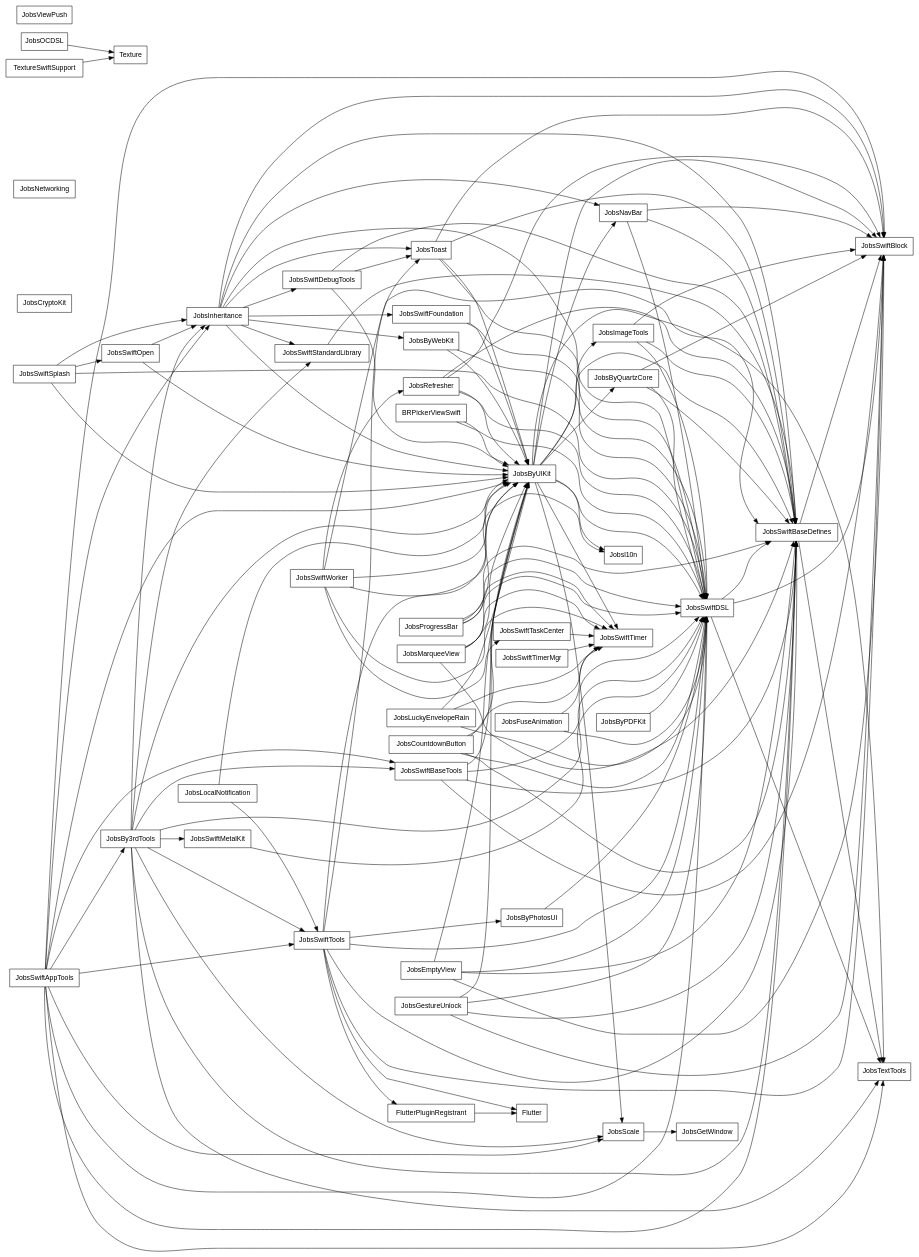
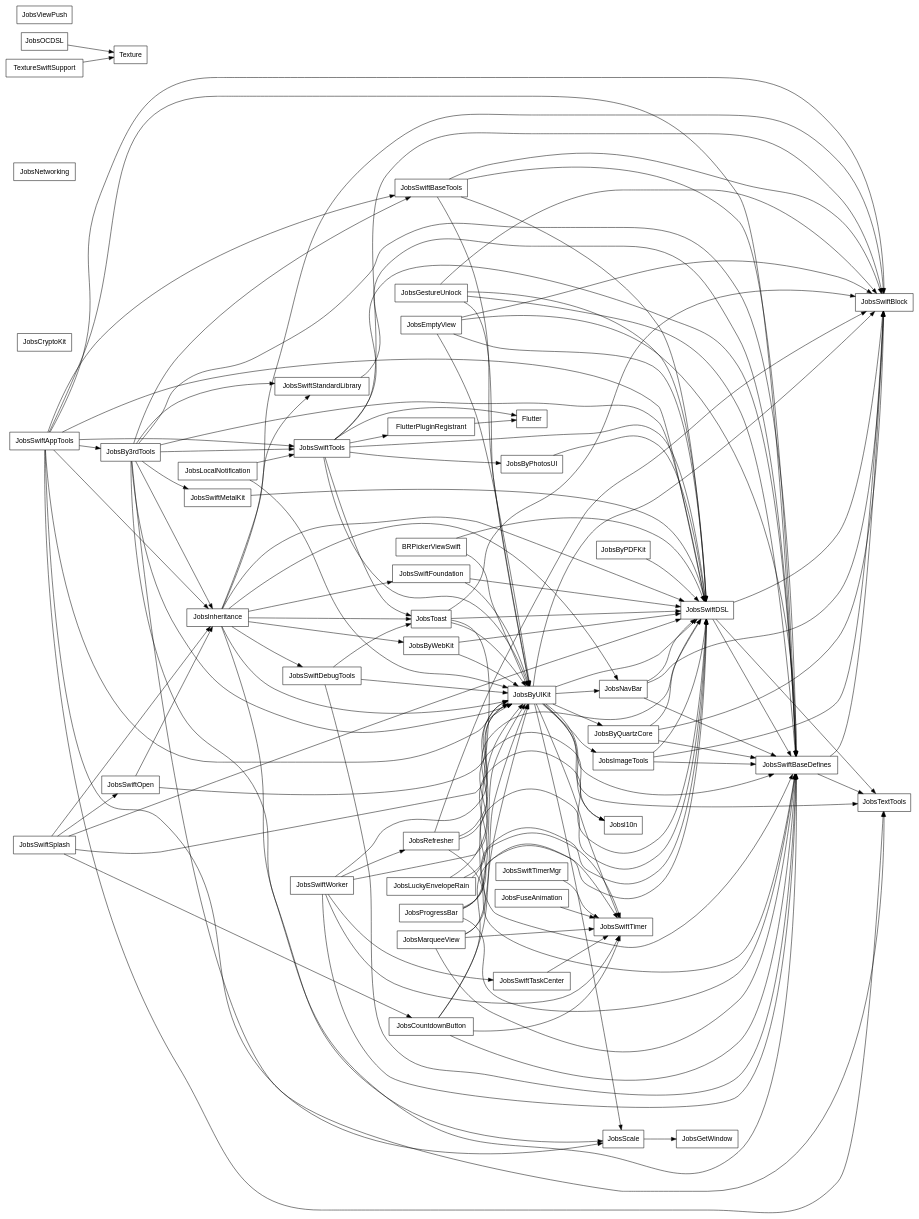
The diagram in PodspecDependencyReport/PodspecDependencies_internal.dot (JobsKits/JobsSwiftBaseConfigDemo), drawn with Graphviz before and after one commit. The commit also changed 832 other files, not shown here.

```diff
--- a/PodspecDependencyReport/PodspecDependencies_internal.dot
+++ b/PodspecDependencyReport/PodspecDependencies_internal.dot
@@ -1,184 +1,184 @@
 digraph PodspecDependencies {
   rankdir=LR;
   node [shape=box, fontname="Helvetica"];
   "BRPickerViewSwift";
   "Flutter";
   "FlutterPluginRegistrant";
   "JobsBy3rdTools";
   "JobsByPDFKit";
   "JobsByPhotosUI";
   "JobsByQuartzCore";
   "JobsByUIKit";
   "JobsByWebKit";
   "JobsCountdownButton";
   "JobsCryptoKit";
   "JobsEmptyView";
   "JobsFuseAnimation";
   "JobsGestureUnlock";
   "JobsGetWindow";
   "JobsImageTools";
   "JobsInheritance";
   "JobsLocalNotification";
   "JobsLuckyEnvelopeRain";
   "JobsMarqueeView";
   "JobsNavBar";
   "JobsNetworking";
   "JobsOCDSL";
   "JobsProgressBar";
   "JobsRefresher";
   "JobsScale";
   "JobsSwiftAppTools";
   "JobsSwiftBaseDefines";
   "JobsSwiftBaseTools";
   "JobsSwiftBlock";
   "JobsSwiftDSL";
   "JobsSwiftDebugTools";
   "JobsSwiftFoundation";
   "JobsSwiftMetalKit";
   "JobsSwiftOpen";
   "JobsSwiftSplash";
   "JobsSwiftStandardLibrary";
   "JobsSwiftTaskCenter";
   "JobsSwiftTimer";
   "JobsSwiftTimerMgr";
   "JobsSwiftTools";
   "JobsSwiftWorker";
   "JobsTextTools";
   "JobsToast";
   "JobsViewPush";
   "Jobsl10n";
   "Texture";
   "TextureSwiftSupport";
   "BRPickerViewSwift" -> "JobsByUIKit";
   "BRPickerViewSwift" -> "JobsSwiftDSL";
   "FlutterPluginRegistrant" -> "Flutter";
   "JobsBy3rdTools" -> "JobsByUIKit";
   "JobsBy3rdTools" -> "JobsInheritance";
   "JobsBy3rdTools" -> "JobsScale";
   "JobsBy3rdTools" -> "JobsSwiftBaseDefines";
   "JobsBy3rdTools" -> "JobsSwiftBaseTools";
   "JobsBy3rdTools" -> "JobsSwiftDSL";
   "JobsBy3rdTools" -> "JobsSwiftMetalKit";
   "JobsBy3rdTools" -> "JobsSwiftStandardLibrary";
   "JobsBy3rdTools" -> "JobsSwiftTools";
   "JobsBy3rdTools" -> "JobsTextTools";
   "JobsByPDFKit" -> "JobsSwiftDSL";
   "JobsByPhotosUI" -> "JobsSwiftDSL";
   "JobsByQuartzCore" -> "JobsSwiftBaseDefines";
   "JobsByQuartzCore" -> "JobsSwiftBlock";
   "JobsByQuartzCore" -> "JobsSwiftDSL";
   "JobsByUIKit" -> "JobsByQuartzCore";
   "JobsByUIKit" -> "JobsImageTools";
   "JobsByUIKit" -> "JobsNavBar";
   "JobsByUIKit" -> "JobsScale";
   "JobsByUIKit" -> "JobsSwiftBaseDefines";
   "JobsByUIKit" -> "JobsSwiftBlock";
   "JobsByUIKit" -> "JobsSwiftDSL";
   "JobsByUIKit" -> "JobsSwiftTimer";
   "JobsByUIKit" -> "JobsTextTools";
   "JobsByUIKit" -> "Jobsl10n";
   "JobsByWebKit" -> "JobsByUIKit";
   "JobsByWebKit" -> "JobsSwiftDSL";
   "JobsCountdownButton" -> "JobsByUIKit";
   "JobsCountdownButton" -> "JobsSwiftBaseDefines";
   "JobsCountdownButton" -> "JobsSwiftDSL";
   "JobsCountdownButton" -> "JobsSwiftTimer";
   "JobsEmptyView" -> "JobsByUIKit";
   "JobsEmptyView" -> "JobsSwiftBaseDefines";
   "JobsEmptyView" -> "JobsSwiftBlock";
   "JobsEmptyView" -> "JobsSwiftDSL";
-  "JobsFuseAnimation" -> "JobsSwiftDSL";
   "JobsFuseAnimation" -> "JobsSwiftTimer";
   "JobsGestureUnlock" -> "JobsByUIKit";
   "JobsGestureUnlock" -> "JobsSwiftBaseDefines";
   "JobsGestureUnlock" -> "JobsSwiftBlock";
   "JobsGestureUnlock" -> "JobsSwiftDSL";
   "JobsImageTools" -> "JobsSwiftBaseDefines";
   "JobsImageTools" -> "JobsSwiftBlock";
   "JobsImageTools" -> "JobsSwiftDSL";
   "JobsInheritance" -> "JobsByUIKit";
   "JobsInheritance" -> "JobsByWebKit";
   "JobsInheritance" -> "JobsNavBar";
   "JobsInheritance" -> "JobsSwiftBaseDefines";
   "JobsInheritance" -> "JobsSwiftBlock";
   "JobsInheritance" -> "JobsSwiftDSL";
   "JobsInheritance" -> "JobsSwiftDebugTools";
   "JobsInheritance" -> "JobsSwiftFoundation";
   "JobsInheritance" -> "JobsSwiftStandardLibrary";
   "JobsInheritance" -> "JobsToast";
   "JobsLocalNotification" -> "JobsByUIKit";
   "JobsLocalNotification" -> "JobsSwiftTools";
   "JobsLuckyEnvelopeRain" -> "JobsByUIKit";
   "JobsLuckyEnvelopeRain" -> "JobsSwiftDSL";
   "JobsLuckyEnvelopeRain" -> "JobsSwiftTimer";
   "JobsMarqueeView" -> "JobsByUIKit";
   "JobsMarqueeView" -> "JobsSwiftBaseDefines";
   "JobsMarqueeView" -> "JobsSwiftDSL";
   "JobsMarqueeView" -> "JobsSwiftTimer";
   "JobsNavBar" -> "JobsSwiftBaseDefines";
   "JobsNavBar" -> "JobsSwiftBlock";
   "JobsNavBar" -> "JobsSwiftDSL";
   "JobsOCDSL" -> "Texture";
   "JobsProgressBar" -> "JobsByUIKit";
   "JobsProgressBar" -> "JobsSwiftBaseDefines";
   "JobsProgressBar" -> "JobsSwiftDSL";
   "JobsProgressBar" -> "JobsSwiftTimer";
   "JobsRefresher" -> "JobsByUIKit";
   "JobsRefresher" -> "JobsSwiftBaseDefines";
   "JobsRefresher" -> "JobsSwiftBlock";
   "JobsRefresher" -> "JobsSwiftDSL";
   "JobsScale" -> "JobsGetWindow";
   "JobsSwiftAppTools" -> "JobsBy3rdTools";
   "JobsSwiftAppTools" -> "JobsByUIKit";
   "JobsSwiftAppTools" -> "JobsInheritance";
   "JobsSwiftAppTools" -> "JobsScale";
   "JobsSwiftAppTools" -> "JobsSwiftBaseDefines";
   "JobsSwiftAppTools" -> "JobsSwiftBaseTools";
   "JobsSwiftAppTools" -> "JobsSwiftBlock";
   "JobsSwiftAppTools" -> "JobsSwiftDSL";
   "JobsSwiftAppTools" -> "JobsSwiftTools";
   "JobsSwiftAppTools" -> "JobsTextTools";
   "JobsSwiftBaseDefines" -> "JobsSwiftBlock";
   "JobsSwiftBaseDefines" -> "JobsTextTools";
   "JobsSwiftBaseTools" -> "JobsByUIKit";
   "JobsSwiftBaseTools" -> "JobsSwiftBaseDefines";
   "JobsSwiftBaseTools" -> "JobsSwiftBlock";
   "JobsSwiftBaseTools" -> "JobsSwiftDSL";
   "JobsSwiftDSL" -> "JobsSwiftBaseDefines";
   "JobsSwiftDSL" -> "JobsSwiftBlock";
   "JobsSwiftDSL" -> "JobsTextTools";
   "JobsSwiftDebugTools" -> "JobsByUIKit";
   "JobsSwiftDebugTools" -> "JobsSwiftBaseDefines";
   "JobsSwiftDebugTools" -> "JobsToast";
   "JobsSwiftFoundation" -> "JobsByUIKit";
   "JobsSwiftFoundation" -> "JobsSwiftDSL";
   "JobsSwiftMetalKit" -> "JobsSwiftDSL";
   "JobsSwiftOpen" -> "JobsByUIKit";
   "JobsSwiftOpen" -> "JobsInheritance";
   "JobsSwiftSplash" -> "JobsByUIKit";
+  "JobsSwiftSplash" -> "JobsCountdownButton";
   "JobsSwiftSplash" -> "JobsInheritance";
   "JobsSwiftSplash" -> "JobsSwiftDSL";
   "JobsSwiftSplash" -> "JobsSwiftOpen";
   "JobsSwiftStandardLibrary" -> "JobsSwiftBaseDefines";
   "JobsSwiftTaskCenter" -> "JobsSwiftTimer";
   "JobsSwiftTimerMgr" -> "JobsSwiftTimer";
   "JobsSwiftTools" -> "Flutter";
   "JobsSwiftTools" -> "FlutterPluginRegistrant";
   "JobsSwiftTools" -> "JobsByPhotosUI";
   "JobsSwiftTools" -> "JobsByUIKit";
   "JobsSwiftTools" -> "JobsSwiftBaseDefines";
   "JobsSwiftTools" -> "JobsSwiftBlock";
   "JobsSwiftTools" -> "JobsSwiftDSL";
   "JobsSwiftTools" -> "JobsToast";
   "JobsSwiftWorker" -> "JobsByUIKit";
   "JobsSwiftWorker" -> "JobsRefresher";
   "JobsSwiftWorker" -> "JobsSwiftBaseDefines";
   "JobsSwiftWorker" -> "JobsSwiftTaskCenter";
   "JobsSwiftWorker" -> "JobsSwiftTimer";
   "JobsSwiftWorker" -> "Jobsl10n";
   "JobsToast" -> "JobsByUIKit";
   "JobsToast" -> "JobsSwiftBaseDefines";
   "JobsToast" -> "JobsSwiftBlock";
   "JobsToast" -> "JobsSwiftDSL";
   "TextureSwiftSupport" -> "Texture";
 }
```
